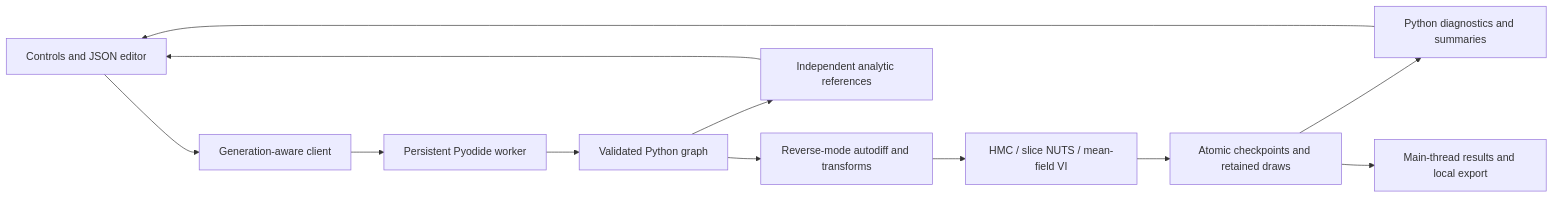
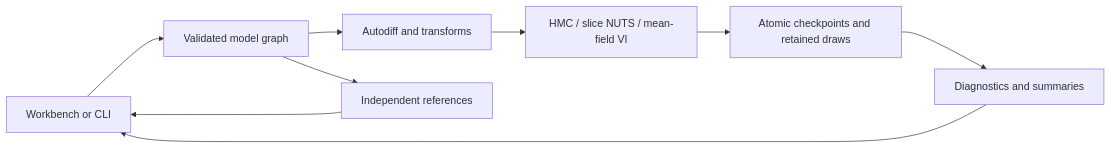
One commit to DhanushKrishna4/Posterior changed the diagram in README.md. Above: the diagram before and after it, drawn with Mermaid. The commit also changed other lines of this file and 1 other file, not shown here.

````diff
--- a/README.md
+++ b/README.md
@@ -150,14 +25,11 @@
 ```mermaid
 flowchart LR
-  UI[Controls and JSON editor] --> Client[Generation-aware client]
-  Client --> Worker[Persistent Pyodide worker]
-  Worker --> Model[Validated Python graph]
-  Model --> AD[Reverse-mode autodiff and transforms]
+  UI[Workbench or CLI] --> Graph[Validated model graph]
+  Graph --> AD[Autodiff and transforms]
   AD --> Inference[HMC / slice NUTS / mean-field VI]
-  Inference --> Checkpoint[Atomic checkpoints and retained draws]
-  Checkpoint --> Diagnostics[Python diagnostics and summaries]
+  Inference --> State[Atomic checkpoints and retained draws]
+  State --> Diagnostics[Diagnostics and summaries]
   Diagnostics --> UI
-  Checkpoint --> Store[Main-thread results and local export]
-  Model --> Oracle[Independent analytic references]
-  Oracle --> UI
+  Graph --> References[Independent references]
+  References --> UI
 ```
````
